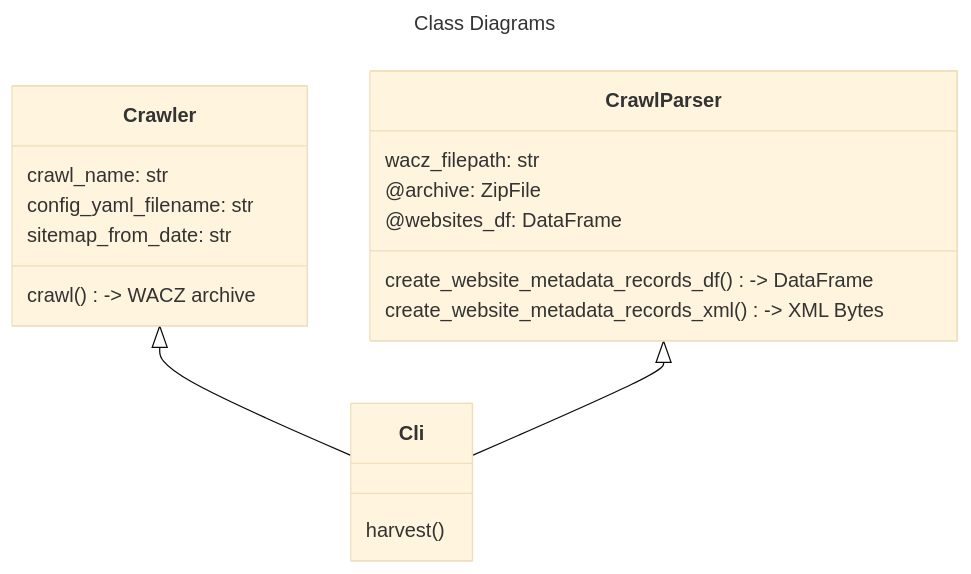
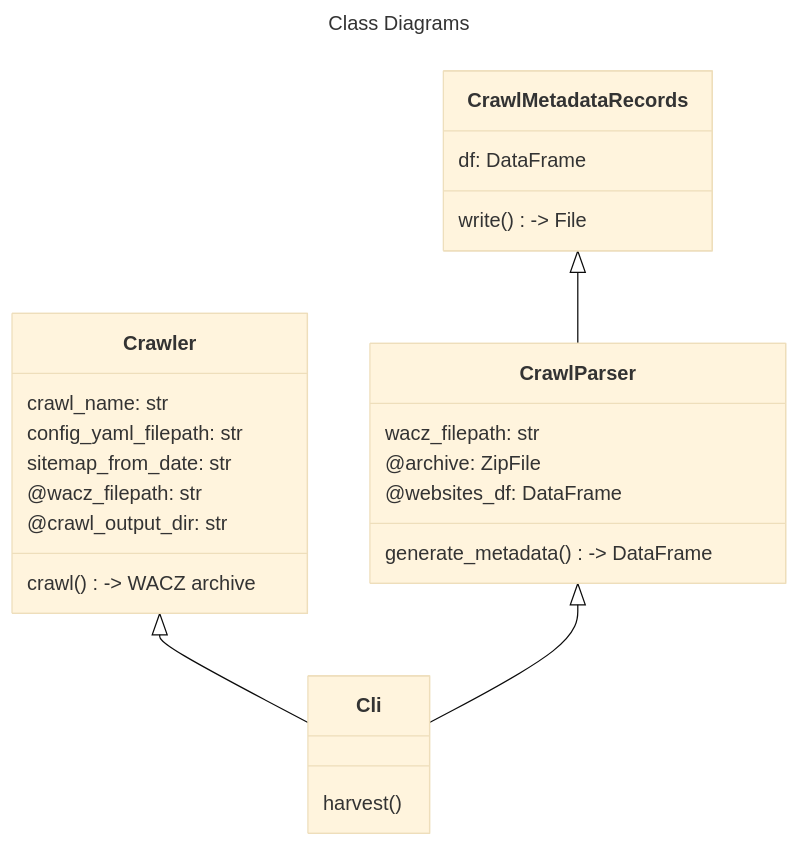
The first of 3 diagrams in docs/architecture.md (MITLibraries/browsertrix-harvester), drawn with Mermaid (base theme) before and after one commit. The commit also changed other lines of this file and 9 other files, not shown here.

````diff
--- a/docs/architecture.md
+++ b/docs/architecture.md
@@ -5,26 +5,31 @@
 ```mermaid
 ---
 title: Class Diagrams
 ---
 classDiagram
     class Cli{
         harvest()        
     }
     class Crawler{
         crawl_name: str
-        config_yaml_filename: str
+        config_yaml_filepath: str
         sitemap_from_date: str         
+        @wacz_filepath: str
+        @crawl_output_dir: str
         crawl() -> WACZ archive
     }
     class CrawlParser{
         wacz_filepath: str
         @archive: ZipFile
         @websites_df: DataFrame
-        create_website_metadata_records_df() -> DataFrame
-        create_website_metadata_records_xml() -> XML Bytes
-        
+        generate_metadata() -> DataFrame        
+    }
+    class CrawlMetadataRecords{
+        df: DataFrame
+        write() -> File
     }
     Crawler <|-- Cli
     CrawlParser <|-- Cli
+    CrawlMetadataRecords <|-- CrawlParser
     
 ```
````
